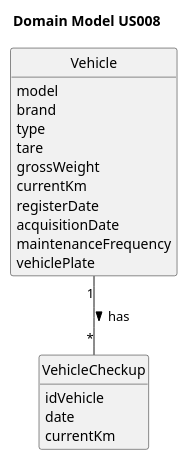
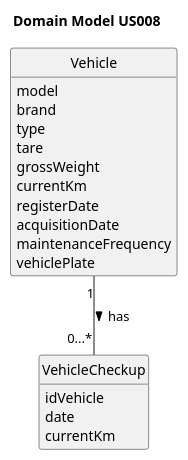
Before and after one commit to RicardoMorim/lapr2-ISEP-Project: the diagram in docs/sprintA/us008/02.analysis/puml/us008-domain-model.puml, drawn with PlantUML.

Commit message:
corrected us008

```diff
--- a/docs/sprintA/us008/02.analysis/puml/us008-domain-model.puml
+++ b/docs/sprintA/us008/02.analysis/puml/us008-domain-model.puml
@@ -1,35 +1,34 @@
 @startuml
 skinparam monochrome true
 skinparam packageStyle rectangle
 skinparam shadowing false
 
 skinparam classAttributeIconSize 0
 
 hide circle
 hide methods
 
 title Domain Model US008
 
 class VehicleCheckup {
     idVehicle
     date
     currentKm
 }
 
 class Vehicle {
     model
     brand
     type
     tare
     grossWeight
     currentKm
     registerDate
     acquisitionDate
     maintenanceFrequency
     vehiclePlate
 }
 
-
-Vehicle "1" -- "*" VehicleCheckup: has >
+Vehicle "1" -- "0...*" VehicleCheckup: has >
 
 @enduml
```
